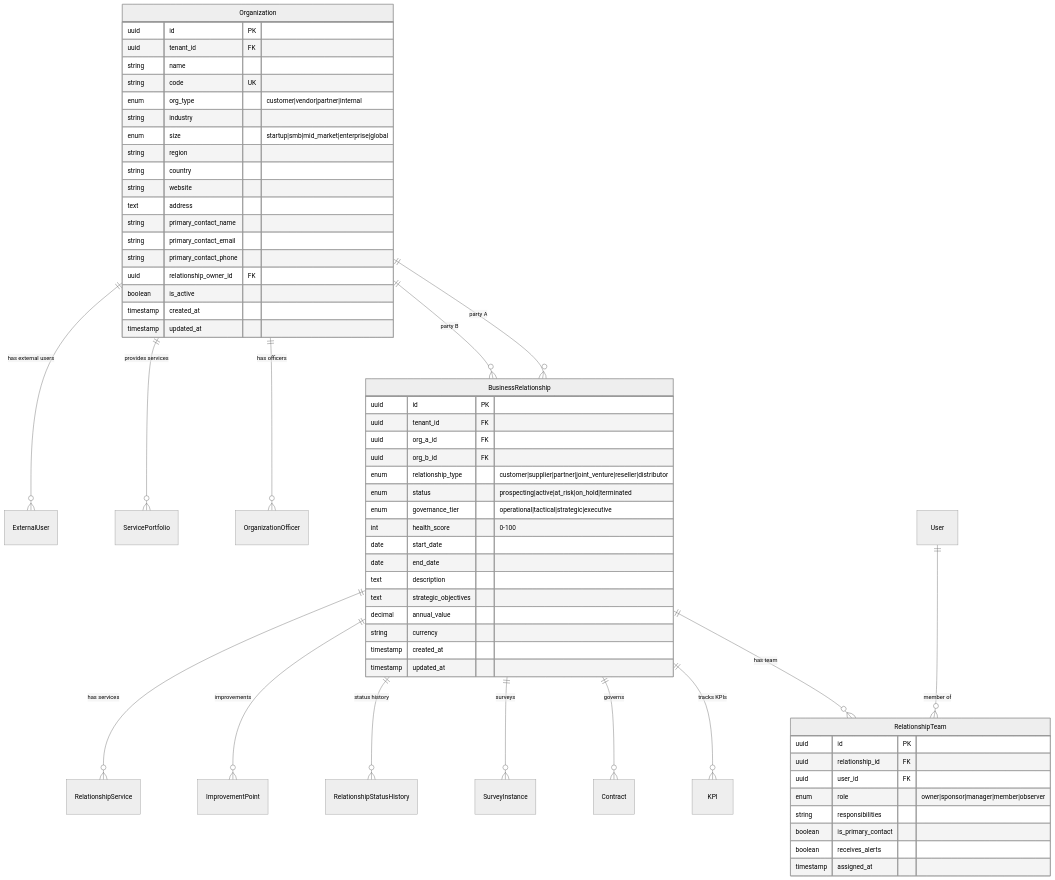
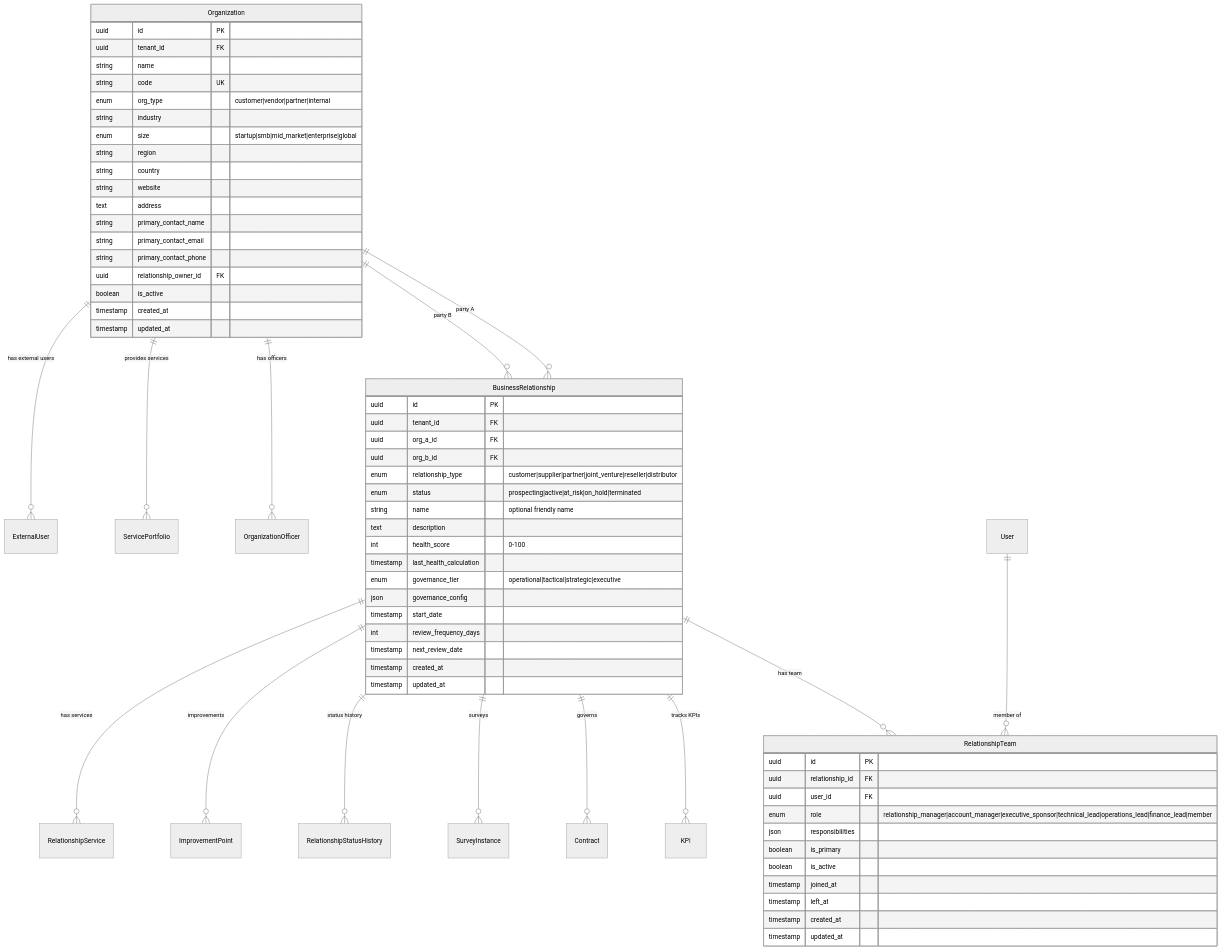
Before and after one commit to jjayarajdev/clm-evaluetor: diagram 25 of 55 in docs/DATA_MODEL.md, drawn with Mermaid (neutral theme). The commit also changed other lines of this file and 79 other files, not shown here.

````diff
--- a/docs/DATA_MODEL.md
+++ b/docs/DATA_MODEL.md
@@ -1025,67 +1025,71 @@
 ```mermaid
 erDiagram
     Organization ||--o{ BusinessRelationship : "party A"
     Organization ||--o{ BusinessRelationship : "party B"
     Organization ||--o{ OrganizationOfficer : "has officers"
     Organization ||--o{ ServicePortfolio : "provides services"
     Organization ||--o{ ExternalUser : "has external users"
     BusinessRelationship ||--o{ RelationshipTeam : "has team"
     BusinessRelationship ||--o{ KPI : "tracks KPIs"
     BusinessRelationship ||--o{ Contract : "governs"
     BusinessRelationship ||--o{ SurveyInstance : "surveys"
     BusinessRelationship ||--o{ RelationshipStatusHistory : "status history"
     BusinessRelationship ||--o{ ImprovementPoint : "improvements"
     BusinessRelationship ||--o{ RelationshipService : "has services"
     User ||--o{ RelationshipTeam : "member of"
 
     Organization {
         uuid id PK
         uuid tenant_id FK
         string name
         string code UK
         enum org_type "customer|vendor|partner|internal"
         string industry
         enum size "startup|smb|mid_market|enterprise|global"
         string region
         string country
         string website
         text address
         string primary_contact_name
         string primary_contact_email
         string primary_contact_phone
         uuid relationship_owner_id FK
         boolean is_active
         timestamp created_at
         timestamp updated_at
     }
 
     BusinessRelationship {
         uuid id PK
         uuid tenant_id FK
         uuid org_a_id FK
         uuid org_b_id FK
         enum relationship_type "customer|supplier|partner|joint_venture|reseller|distributor"
         enum status "prospecting|active|at_risk|on_hold|terminated"
+        string name "optional friendly name"
+        text description
+        int health_score "0-100"
+        timestamp last_health_calculation
         enum governance_tier "operational|tactical|strategic|executive"
-        int health_score "0-100"
-        date start_date
-        date end_date
-        text description
-        text strategic_objectives
-        decimal annual_value
-        string currency
+        json governance_config
+        timestamp start_date
+        int review_frequency_days
+        timestamp next_review_date
         timestamp created_at
         timestamp updated_at
     }
 
     RelationshipTeam {
         uuid id PK
         uuid relationship_id FK
         uuid user_id FK
-        enum role "owner|sponsor|manager|member|observer"
-        string responsibilities
-        boolean is_primary_contact
-        boolean receives_alerts
-        timestamp assigned_at
+        enum role "relationship_manager|account_manager|executive_sponsor|technical_lead|operations_lead|finance_lead|member"
+        json responsibilities
+        boolean is_primary
+        boolean is_active
+        timestamp joined_at
+        timestamp left_at
+        timestamp created_at
+        timestamp updated_at
     }
 ```
````
